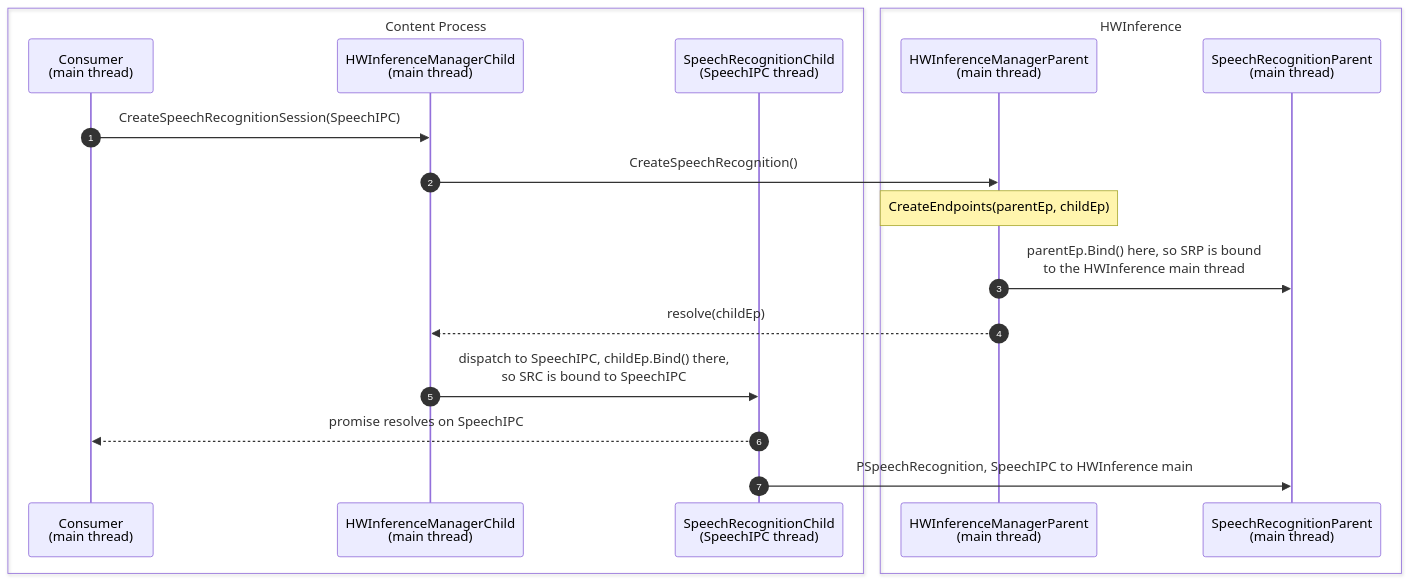
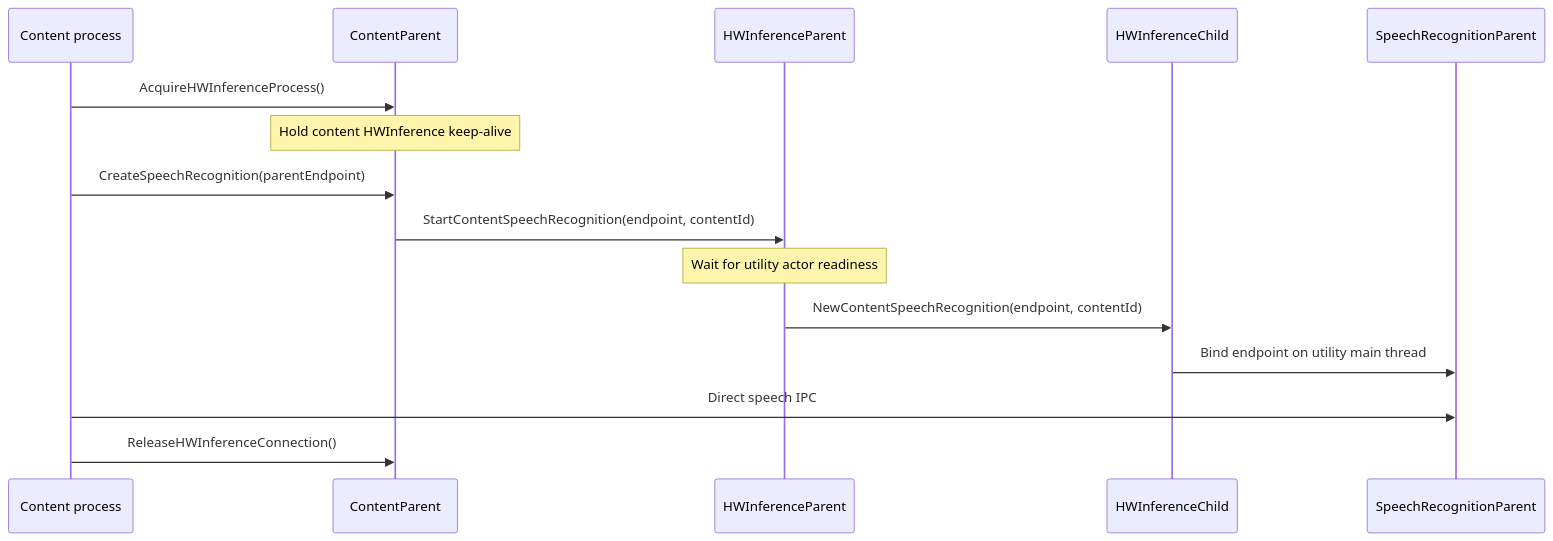
Before and after one commit to marco-c/gecko-dev-comments-removed: the second of 3 diagrams in toolkit/components/ml/docs/HWInference.md, drawn with Mermaid. The commit also changed other lines of this file and 12 other files, not shown here.

First line of the commit message:
Bug 2070199 - Part 3: Add HWInferenceProcess and the browser HWInference process r=nika,gregtatum,ai-platform-reviewers

````diff
--- a/toolkit/components/ml/docs/HWInference.md
+++ b/toolkit/components/ml/docs/HWInference.md
@@ -237,24 +160,17 @@
 ```{mermaid}
 sequenceDiagram
-  autonumber
-
-  box Content Process
-    participant C as Consumer<br/>(main thread)
-    participant HMC as HWInferenceManagerChild<br/>(main thread)
-    participant SRC as SpeechRecognitionChild<br/>(SpeechIPC thread)
-  end
-
-  box HWInference
-    participant HMP as HWInferenceManagerParent<br/>(main thread)
-    participant SRP as SpeechRecognitionParent<br/>(main thread)
-  end
-
-  C->>HMC: CreateSpeechRecognitionSession(SpeechIPC)
-  HMC->>HMP: CreateSpeechRecognition()
-  Note over HMP: CreateEndpoints(parentEp, childEp)
-  HMP->>SRP: parentEp.Bind() here, so SRP is bound<br/>to the HWInference main thread
-  HMP-->>HMC: resolve(childEp)
-  HMC->>SRC: dispatch to SpeechIPC, childEp.Bind() there,<br/>so SRC is bound to SpeechIPC
-  SRC-->>C: promise resolves on SpeechIPC
-  SRC->>SRP: PSpeechRecognition, SpeechIPC to HWInference main
+  participant C as Content process
+  participant CP as ContentParent
+  participant HWP as HWInferenceParent
+  participant HWC as HWInferenceChild
+  participant SRP as SpeechRecognitionParent
+  C->>CP: AcquireHWInferenceProcess()
+  Note over CP: Hold content HWInference keep-alive
+  C->>CP: CreateSpeechRecognition(parentEndpoint)
+  CP->>HWP: StartContentSpeechRecognition(endpoint, contentId)
+  Note over HWP: Wait for utility actor readiness
+  HWP->>HWC: NewContentSpeechRecognition(endpoint, contentId)
+  HWC->>SRP: Bind endpoint on utility main thread
+  C->>SRP: Direct speech IPC
+  C->>CP: ReleaseHWInferenceConnection()
 ```
````
